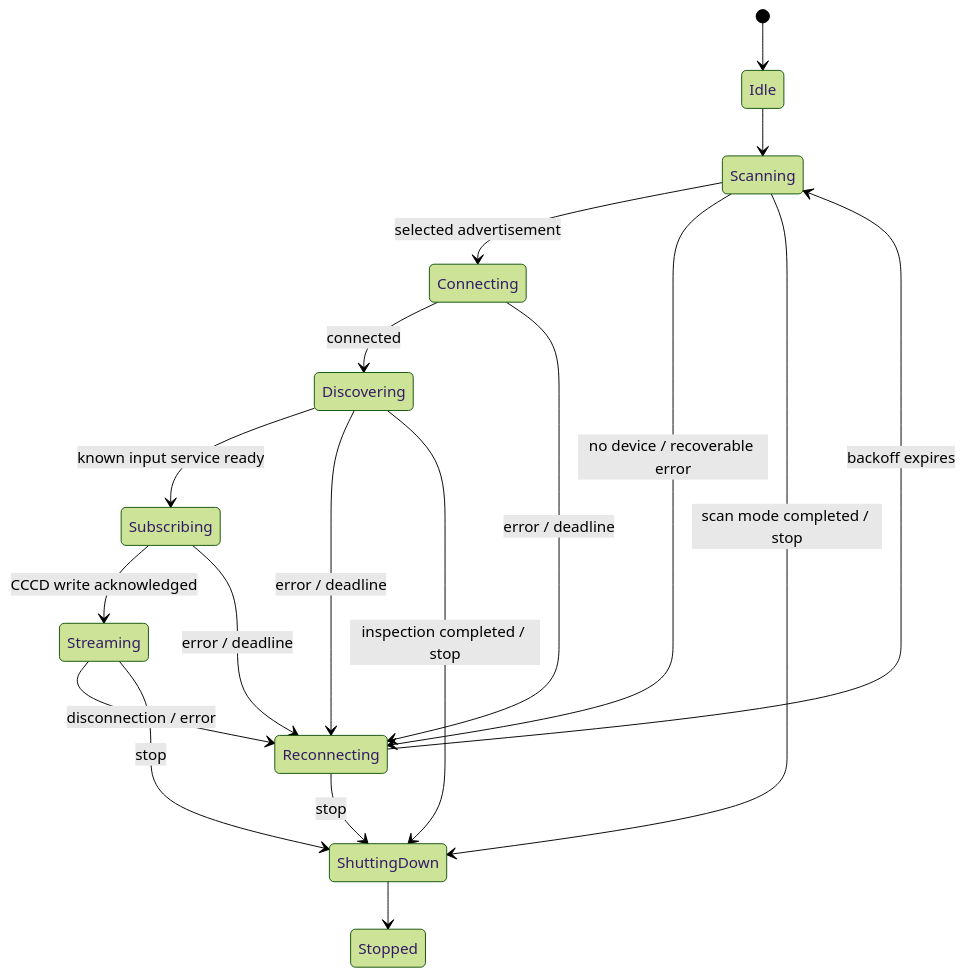
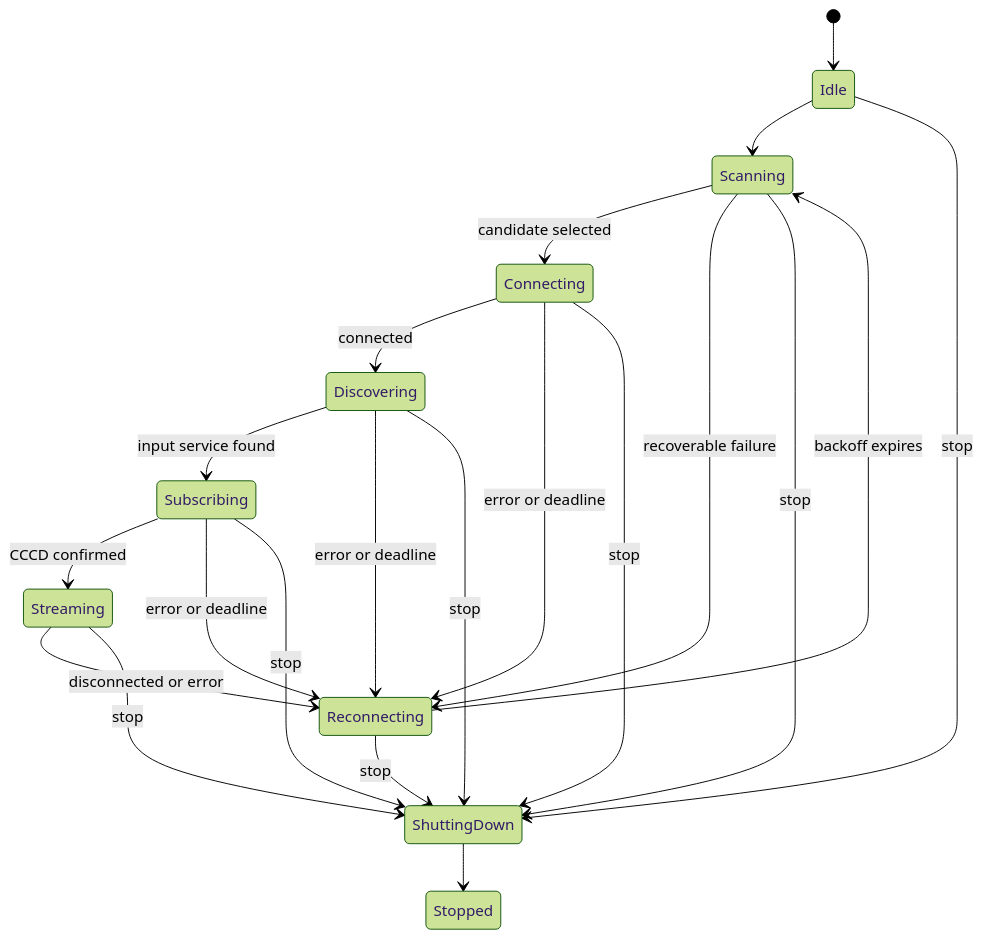
Before and after one commit to javiiervm/PokePointer: the second of 2 diagrams in docs/architecture.md, drawn with Mermaid (forest theme). The commit also changed other lines of this file and 4 other files, not shown here.

````diff
--- a/docs/architecture.md
+++ b/docs/architecture.md
@@ -26,20 +49,23 @@
 ```mermaid
 stateDiagram-v2
     [*] --> Idle
     Idle --> Scanning
-    Scanning --> Connecting: selected advertisement
+    Scanning --> Connecting: candidate selected
     Connecting --> Discovering: connected
-    Discovering --> Subscribing: known input service ready
-    Subscribing --> Streaming: CCCD write acknowledged
-    Scanning --> Reconnecting: no device / recoverable error
-    Connecting --> Reconnecting: error / deadline
-    Discovering --> Reconnecting: error / deadline
-    Subscribing --> Reconnecting: error / deadline
-    Streaming --> Reconnecting: disconnection / error
+    Discovering --> Subscribing: input service found
+    Subscribing --> Streaming: CCCD confirmed
+    Scanning --> Reconnecting: recoverable failure
+    Connecting --> Reconnecting: error or deadline
+    Discovering --> Reconnecting: error or deadline
+    Subscribing --> Reconnecting: error or deadline
+    Streaming --> Reconnecting: disconnected or error
     Reconnecting --> Scanning: backoff expires
+    Idle --> ShuttingDown: stop
     Streaming --> ShuttingDown: stop
     Reconnecting --> ShuttingDown: stop
-    Scanning --> ShuttingDown: scan mode completed / stop
-    Discovering --> ShuttingDown: inspection completed / stop
+    Scanning --> ShuttingDown: stop
+    Connecting --> ShuttingDown: stop
+    Discovering --> ShuttingDown: stop
+    Subscribing --> ShuttingDown: stop
     ShuttingDown --> Stopped
 ```
````
